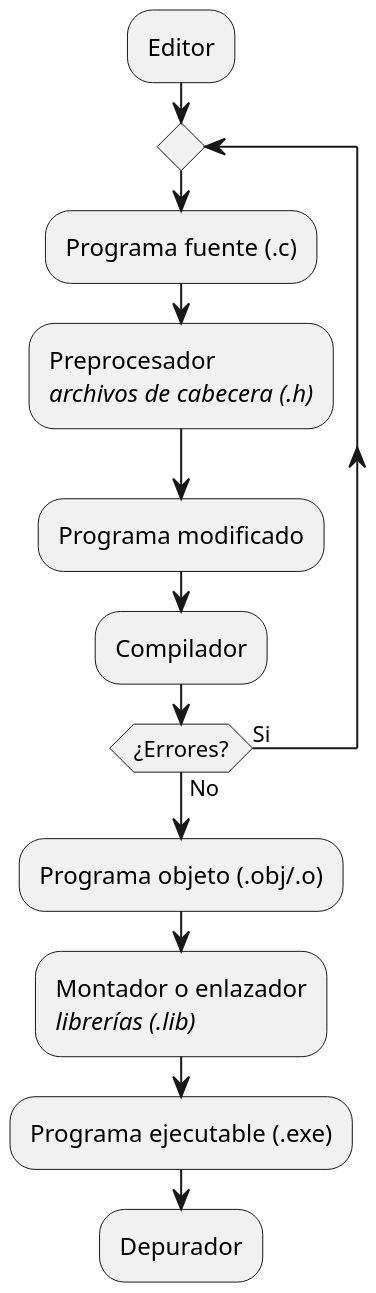
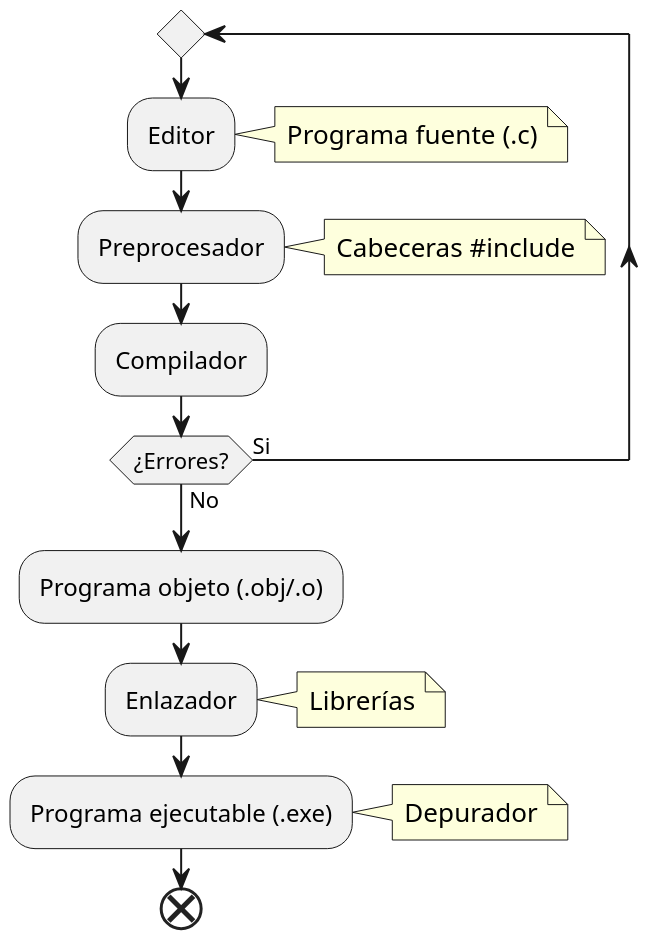
The second of 2 diagrams in diapos/01-Intro.org (oscarperpinan/informatica_etsidi), drawn with PlantUML before and after one commit. The commit also changed other lines of this file and 3 other files, not shown here.

Commit message:
Cambios en diagrama programacion en C

```diff
--- a/diapos/01-Intro.org
+++ b/diapos/01-Intro.org
@@ -187,14 +183,24 @@
 #+BEGIN_SRC plantuml :file figs/programaC.png
 scale 2
-:Editor;
 repeat 
-       :Programa fuente (.c);
-       :Preprocesador\n//archivos de cabecera (.h)//;
-       :Programa modificado;
+       :Editor;
+note right
+Programa fuente (.c)
+end note
+       :Preprocesador;
+note right 
+Cabeceras #include
+end note
        :Compilador;
 repeatwhile (¿Errores?) is (Si) not (No)
 :Programa objeto (.obj/.o);
-:Montador o enlazador\n//librerías (.lib)//;
+:Enlazador;
+note right
+Librerías
+end note
 :Programa ejecutable (.exe);
-:Depurador;
+note right
+Depurador
+end note
+end;
 #+END_SRC
```
